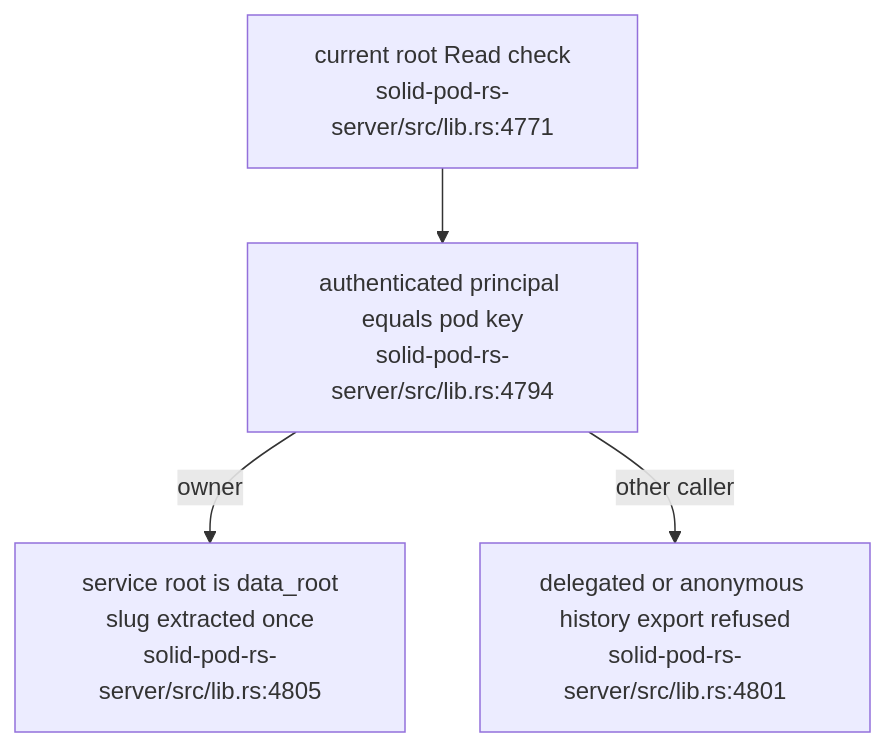
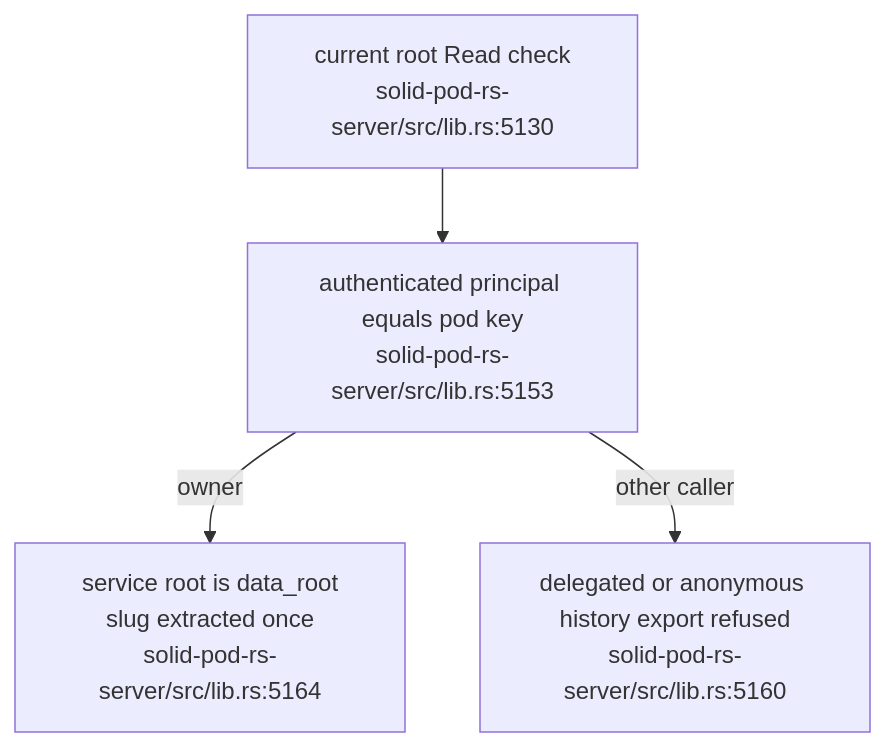
The second of 5 diagrams in docs/diagrams/solid-pod-rs/15-authority-and-payment-repairs.md (DreamLab-AI/VisionFlow), drawn with Mermaid before and after one commit. The commit also changed other lines of this file and 154 other files, not shown here.

First line of the commit message:
docs(diagrams): re-stamp 154 topics whose every citation still reads the same text at the current heads

````diff
--- a/docs/diagrams/solid-pod-rs/15-authority-and-payment-repairs.md
+++ b/docs/diagrams/solid-pod-rs/15-authority-and-payment-repairs.md
@@ -45,10 +45,10 @@
 ```mermaid
 flowchart TB
-    READ["current root Read check<br/>solid-pod-rs-server/src/lib.rs:4771"]
-    OWNER["authenticated principal equals pod key<br/>solid-pod-rs-server/src/lib.rs:4794"]
-    DENY["delegated or anonymous history export refused<br/>solid-pod-rs-server/src/lib.rs:4801"]
-    SERVICE["service root is data_root<br/>slug extracted once<br/>solid-pod-rs-server/src/lib.rs:4805"]
+    READ["current root Read check<br/>solid-pod-rs-server/src/lib.rs:5130"]
+    OWNER["authenticated principal equals pod key<br/>solid-pod-rs-server/src/lib.rs:5153"]
+    DENY["delegated or anonymous history export refused<br/>solid-pod-rs-server/src/lib.rs:5160"]
+    SERVICE["service root is data_root<br/>slug extracted once<br/>solid-pod-rs-server/src/lib.rs:5164"]
     READ --> OWNER
     OWNER -->|owner| SERVICE
     OWNER -->|other caller| DENY
 ```
````
